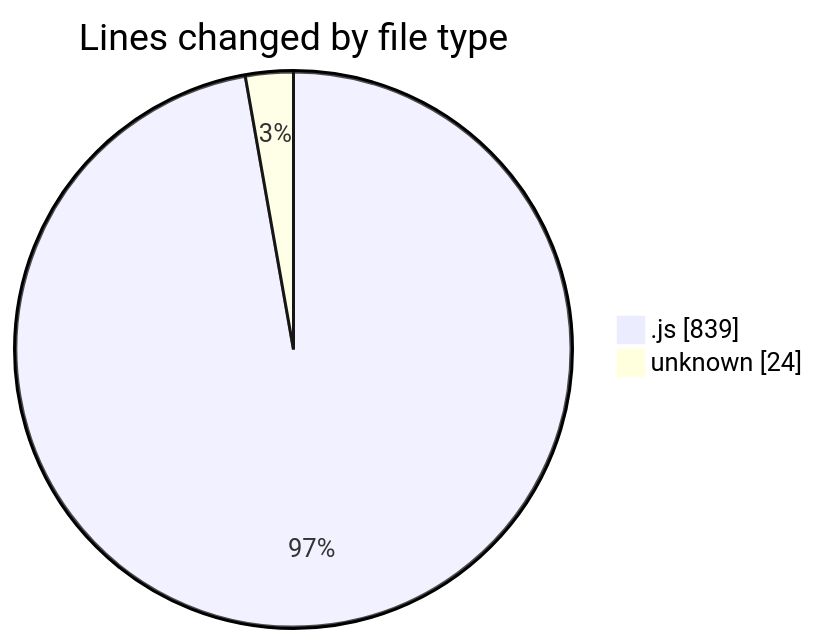
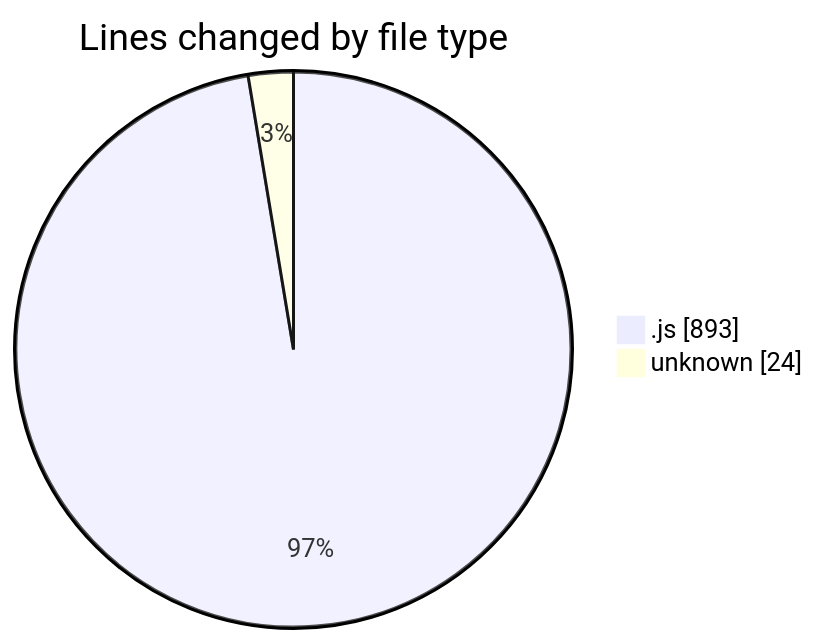
Before and after one commit to momahboobian/code-tracking: the first of 2 diagrams in 2025-02-03/cda/README.md, drawn with Mermaid. The commit also changed other lines of this file and 1 other file, not shown here.

````diff
--- a/2025-02-03/cda/README.md
+++ b/2025-02-03/cda/README.md
@@ -24,6 +24,6 @@
 ```mermaid
 pie showData
 title Lines changed by file type
-".js" : 839
+".js" : 893
 "unknown" : 24
 ```
````
